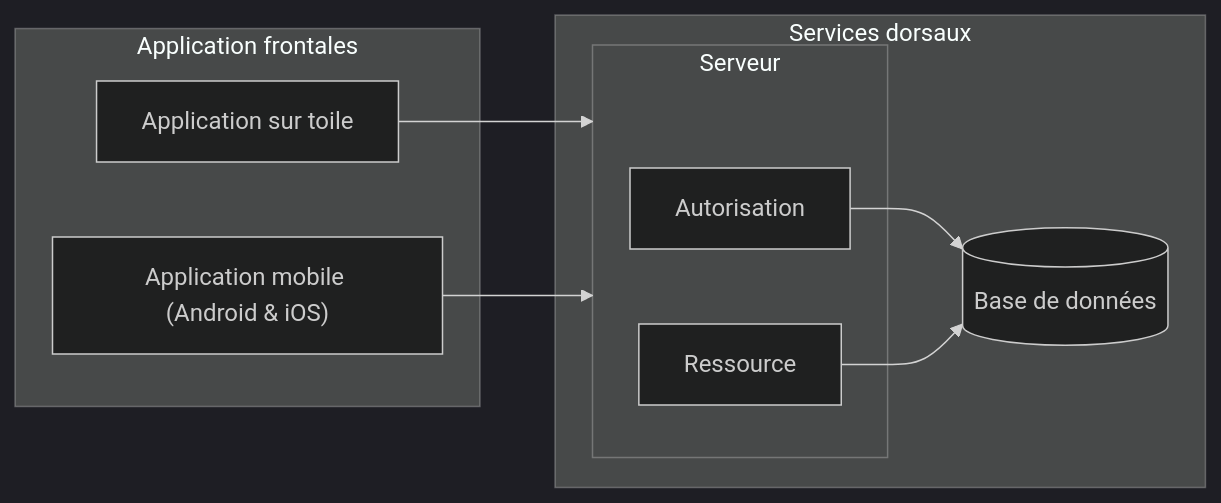
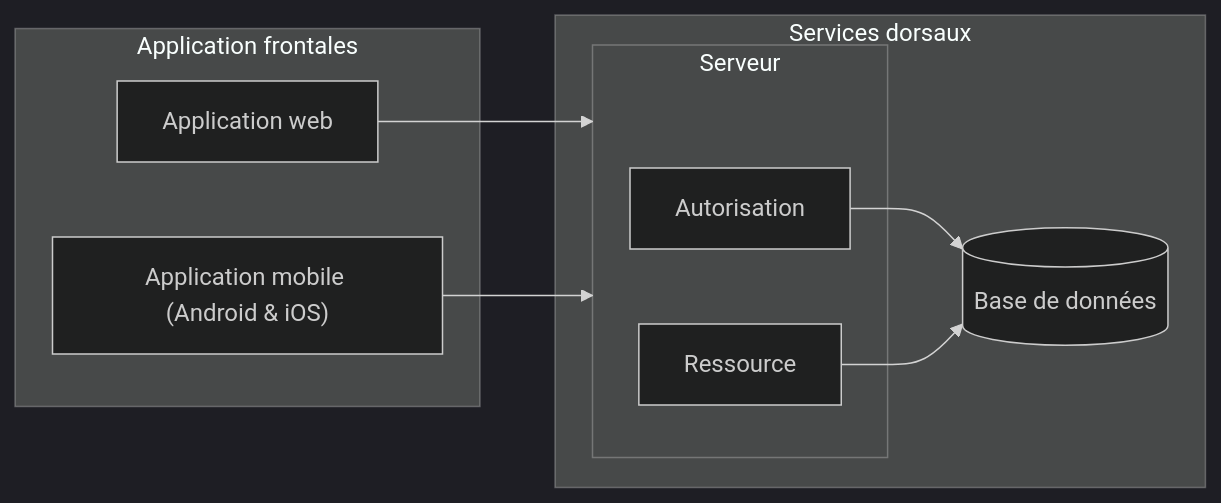
The diagram in resources/mermaid/project-arch.mmd (PizziPayment/TechnicalDocumentation), drawn with Mermaid (dark theme) before and after one commit.

Commit message:
Fix projet-arch schema

```diff
--- a/resources/mermaid/project-arch.mmd
+++ b/resources/mermaid/project-arch.mmd
@@ -1,20 +1,20 @@
 flowchart LR
   subgraph back [Services dorsaux]
     bdd[(Base de données)]
 
     subgraph server [Serveur]
       auth_serv[Autorisation]
       rsc_serv[Ressource]
     end
 
     auth_serv --> bdd
     rsc_serv --> bdd
   end
 
   subgraph front [Application frontales]
-    app_web[Application sur toile]
+    app_web[Application web]
     app_mob["Application mobile (Android & iOS)"]
   end
 
   app_web --> server
   app_mob --> server
```
